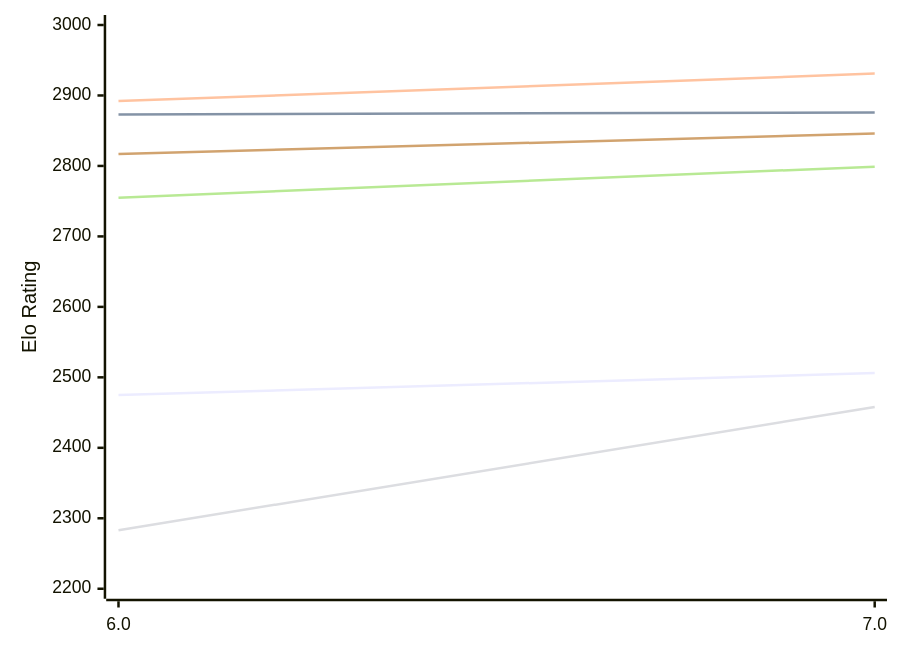
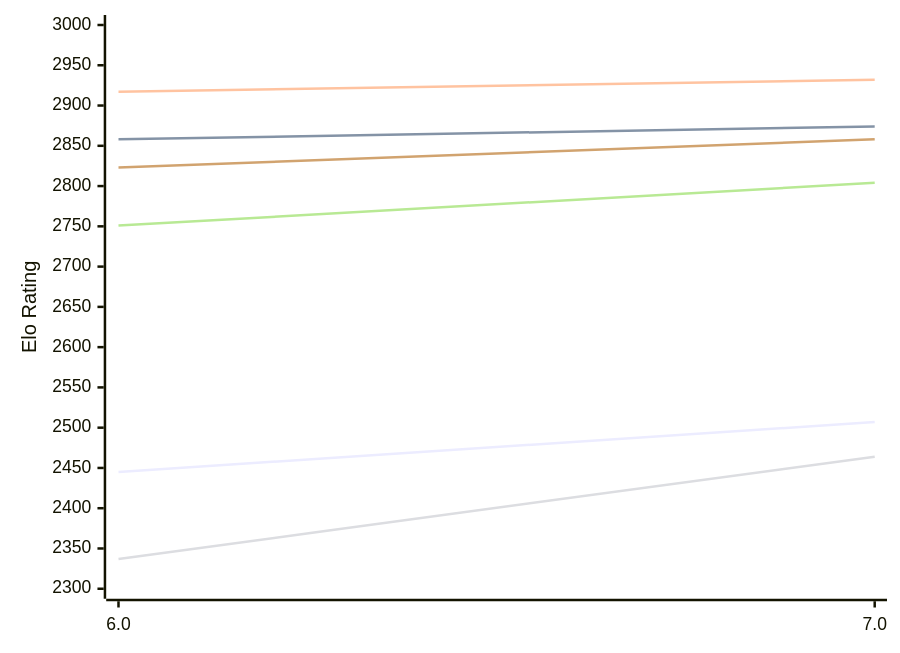
The first of 2 diagrams in engines/tomitankChess.md (computer-chess-index/cci), drawn with Mermaid before and after one commit. The commit also changed other lines of this file, not shown here.

Commit message:
Update CCI Ratings (ELO VLTC) - 2026-11-17

````diff
--- a/engines/tomitankChess.md
+++ b/engines/tomitankChess.md
@@ -51,12 +51,12 @@
 ```mermaid
 %%{init: {"theme":"base","themeVariables":{"seriesColors:['#a3a3a3','#222221','#faa371']}}}%%
 xychart-beta
   x-axis ["6.0", "7.0"]
-  y-axis "Elo Rating" 2200 --> 3000
-  line "E1: STC (8.0+0.08s)" [2475, 2506]
-  line "E1: LTC (60.0+0.60s)" [2873, 2876]
-  line "E1: VLTC (2m24s+1.12s)" [2892, 2931]
-  line "P1: STC (8.0+0.08s)" [2283, 2458]
-  line "P1: LTC (60.0+0.60s)" [2755, 2799]
-  line "P1: VLTC (2m24s+1.12s)" [2817, 2846]
+  y-axis "Elo Rating" 2300 --> 3000
+  line "E1: STC (8.0+0.08s)" [2445, 2507]
+  line "E1: LTC (60.0+0.60s)" [2858, 2874]
+  line "E1: VLTC (2m24s+1.12s)" [2917, 2932]
+  line "P1: STC (8.0+0.08s)" [2337, 2464]
+  line "P1: LTC (60.0+0.60s)" [2751, 2804]
+  line "P1: VLTC (2m24s+1.12s)" [2823, 2858]
 ```
````
